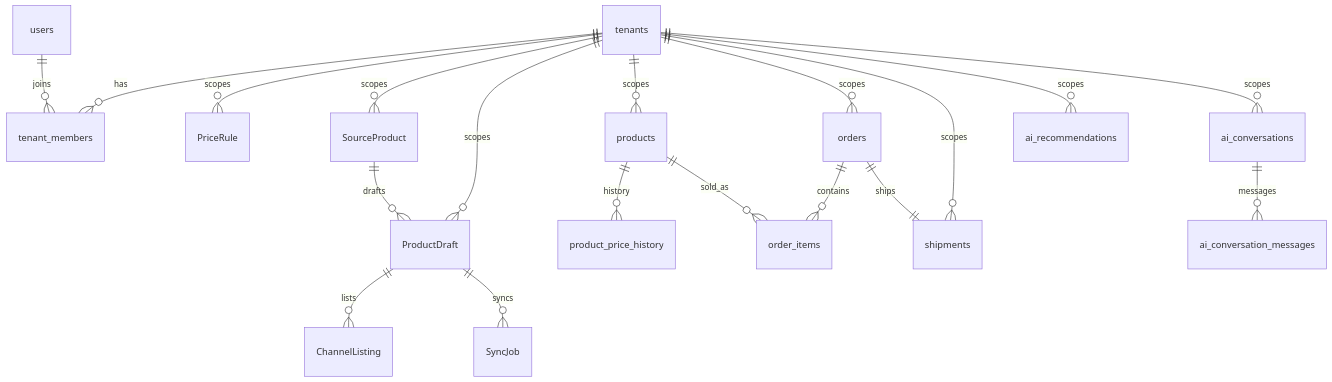
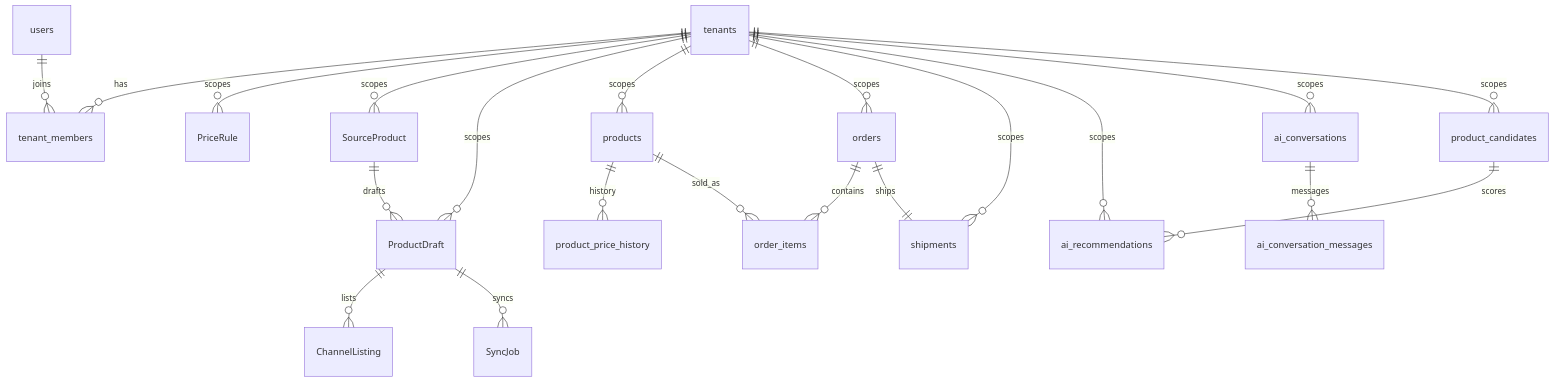
Before and after one commit to sangyubkim/9ruHub: the diagram in README.md, drawn with Mermaid. The commit also changed other lines of this file and 32 other files, not shown here.

````diff
--- a/README.md
+++ b/README.md
@@ -28,21 +29,23 @@
 ```mermaid
 erDiagram
   tenants ||--o{ tenant_members : has
   users ||--o{ tenant_members : joins
   tenants ||--o{ PriceRule : scopes
   tenants ||--o{ SourceProduct : scopes
   tenants ||--o{ ProductDraft : scopes
   tenants ||--o{ products : scopes
   tenants ||--o{ orders : scopes
   tenants ||--o{ shipments : scopes
   tenants ||--o{ ai_recommendations : scopes
   tenants ||--o{ ai_conversations : scopes
+  tenants ||--o{ product_candidates : scopes
   SourceProduct ||--o{ ProductDraft : drafts
   ProductDraft ||--o{ ChannelListing : lists
   ProductDraft ||--o{ SyncJob : syncs
   products ||--o{ product_price_history : history
   products ||--o{ order_items : sold_as
   orders ||--o{ order_items : contains
   orders ||--|| shipments : ships
+  product_candidates ||--o{ ai_recommendations : scores
   ai_conversations ||--o{ ai_conversation_messages : messages
 ```
````
